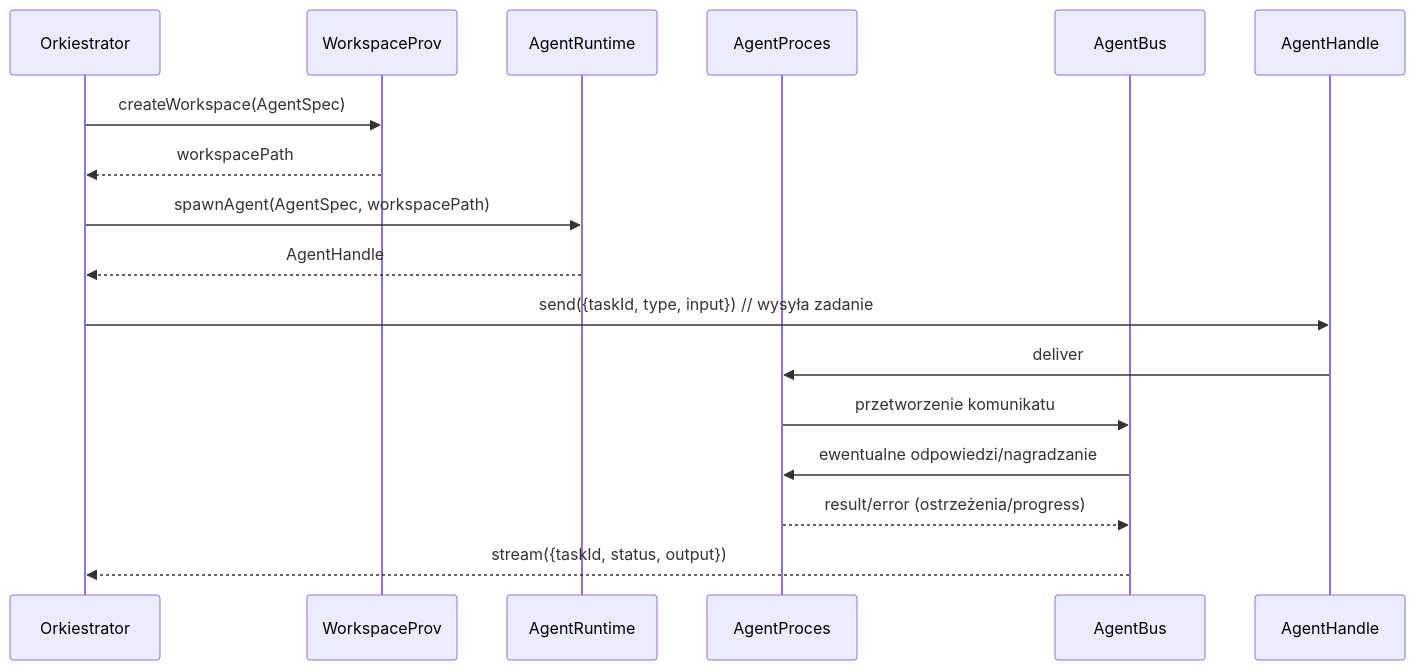
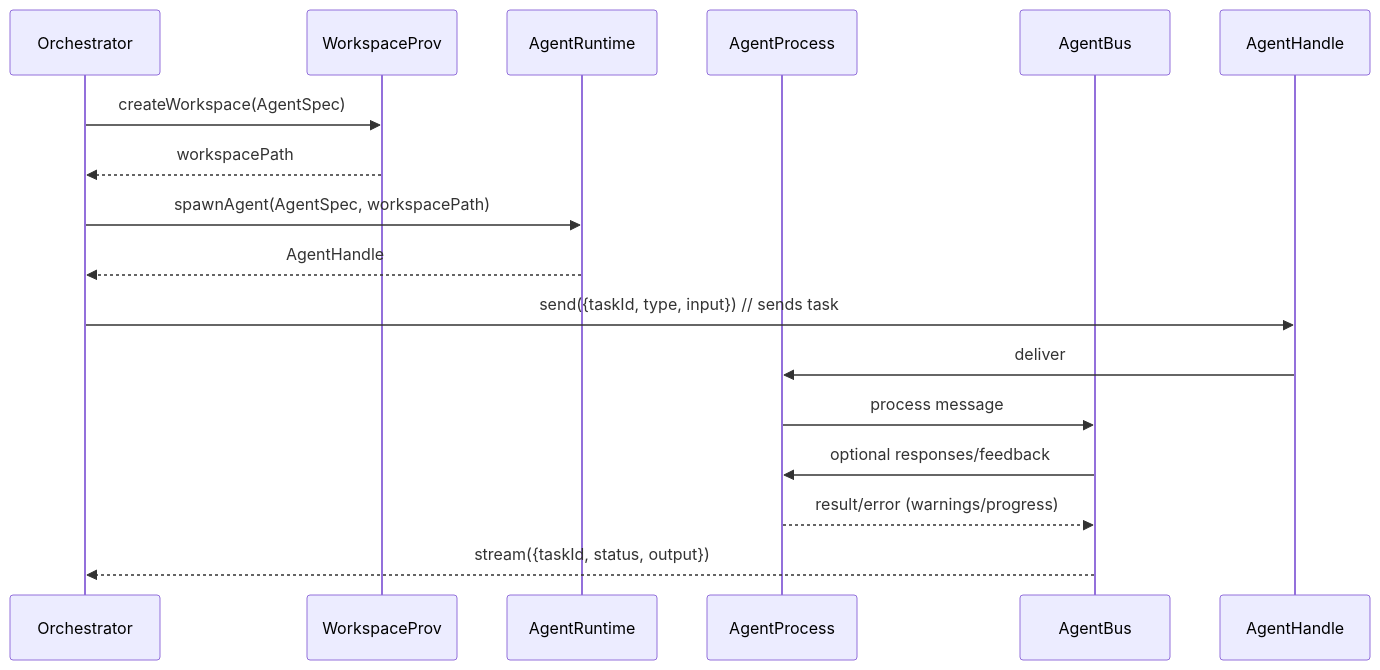
Before and after one commit to misiekhardcore/feature-forge: the first of 4 diagrams in .pi/plans/deep-research-report.md, drawn with Mermaid. The commit also changed other lines of this file, not shown here.

Commit message:
chore: translate input component text to English

````diff
--- a/.pi/plans/deep-research-report.md
+++ b/.pi/plans/deep-research-report.md
@@ -89,19 +94,19 @@
 ```mermaid
 sequenceDiagram
-    participant Orkiestrator
+    participant Orchestrator
     participant WorkspaceProv
     participant AgentRuntime
-    participant AgentProces
+    participant AgentProcess
     participant AgentBus
 
-    Orkiestrator->>WorkspaceProv: createWorkspace(AgentSpec)
-    WorkspaceProv-->>Orkiestrator: workspacePath
-    Orkiestrator->>AgentRuntime: spawnAgent(AgentSpec, workspacePath)
-    AgentRuntime-->>Orkiestrator: AgentHandle
-    Orkiestrator->>AgentHandle: send({taskId, type, input})  // wysyła zadanie
-    AgentHandle->>AgentProces: deliver
-    AgentProces->>AgentBus: przetworzenie komunikatu
-    AgentBus->>AgentProces: ewentualne odpowiedzi/nagradzanie
-    AgentProces-->>AgentBus: result/error (ostrzeżenia/progress)
-    AgentBus-->>Orkiestrator: stream({taskId, status, output})
+    Orchestrator->>WorkspaceProv: createWorkspace(AgentSpec)
+    WorkspaceProv-->>Orchestrator: workspacePath
+    Orchestrator->>AgentRuntime: spawnAgent(AgentSpec, workspacePath)
+    AgentRuntime-->>Orchestrator: AgentHandle
+    Orchestrator->>AgentHandle: send({taskId, type, input})  // sends task
+    AgentHandle->>AgentProcess: deliver
+    AgentProcess->>AgentBus: process message
+    AgentBus->>AgentProcess: optional responses/feedback
+    AgentProcess-->>AgentBus: result/error (warnings/progress)
+    AgentBus-->>Orchestrator: stream({taskId, status, output})
 ```
````
